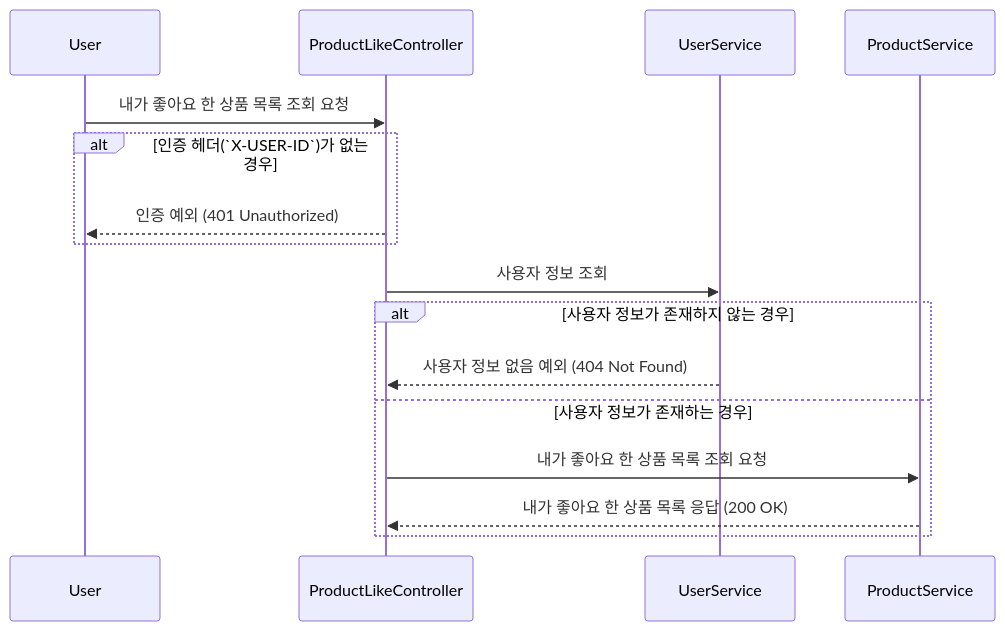
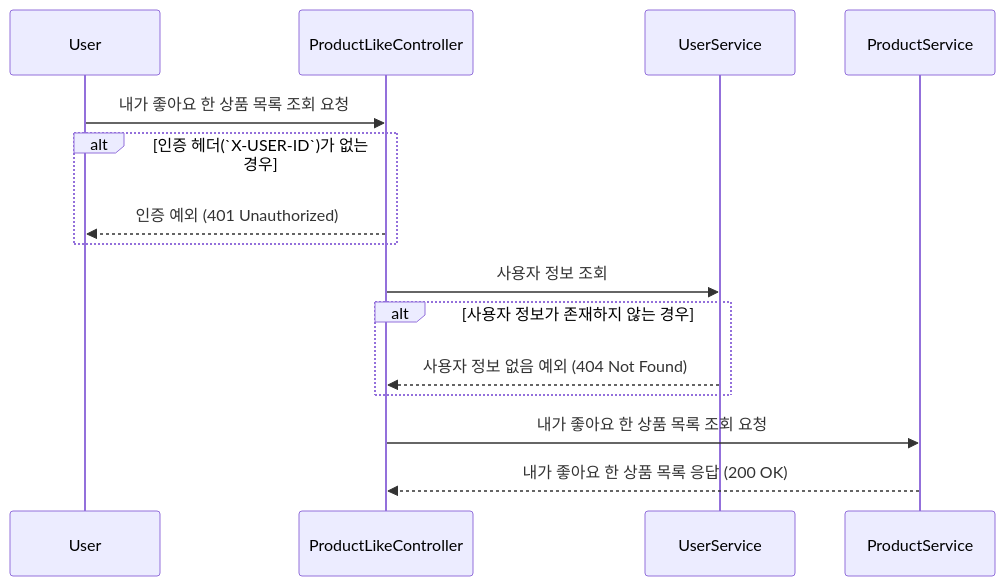
The third of 3 diagrams in docs/design/02-sequence-diagrams/product-like.md (kiekk/gamsung-commerce), drawn with Mermaid before and after one commit. The commit also changed other lines of this file, not shown here.

First line of the commit message:
docs: 상품 좋아요 시퀀스 다이어그램 수정

````diff
--- a/docs/design/02-sequence-diagrams/product-like.md
+++ b/docs/design/02-sequence-diagrams/product-like.md
@@ -71,19 +69,18 @@
 ```mermaid
 sequenceDiagram
     participant User
     participant ProductLikeController
     participant UserService
     participant ProductService
     User ->> ProductLikeController: 내가 좋아요 한 상품 목록 조회 요청
     alt 인증 헤더(`X-USER-ID`)가 없는 경우
         ProductLikeController -->> User: 인증 예외 (401 Unauthorized)
     end
-    
+
     ProductLikeController ->> UserService: 사용자 정보 조회
     alt 사용자 정보가 존재하지 않는 경우
         UserService -->> ProductLikeController: 사용자 정보 없음 예외 (404 Not Found)
-    else 사용자 정보가 존재하는 경우
-        ProductLikeController ->> ProductService: 내가 좋아요 한 상품 목록 조회 요청
-        ProductService -->> ProductLikeController: 내가 좋아요 한 상품 목록 응답 (200 OK)
     end
+    ProductLikeController ->> ProductService: 내가 좋아요 한 상품 목록 조회 요청
+    ProductService -->> ProductLikeController: 내가 좋아요 한 상품 목록 응답 (200 OK)
 ```
````
